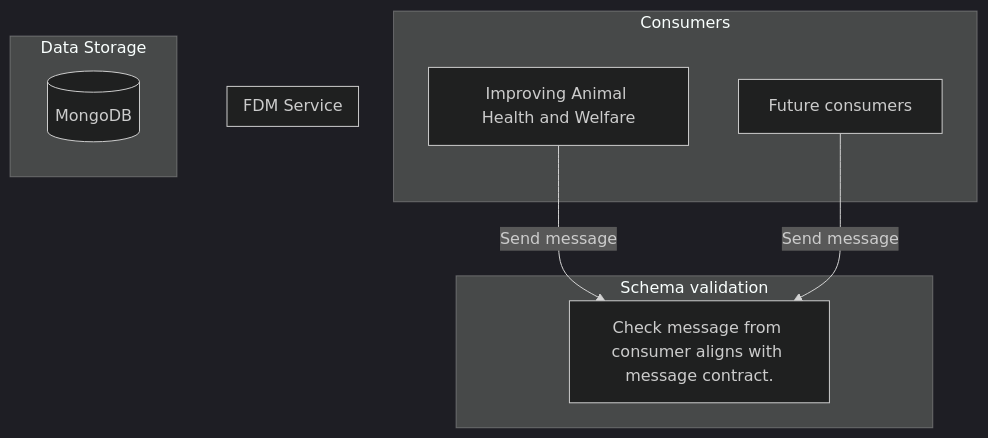
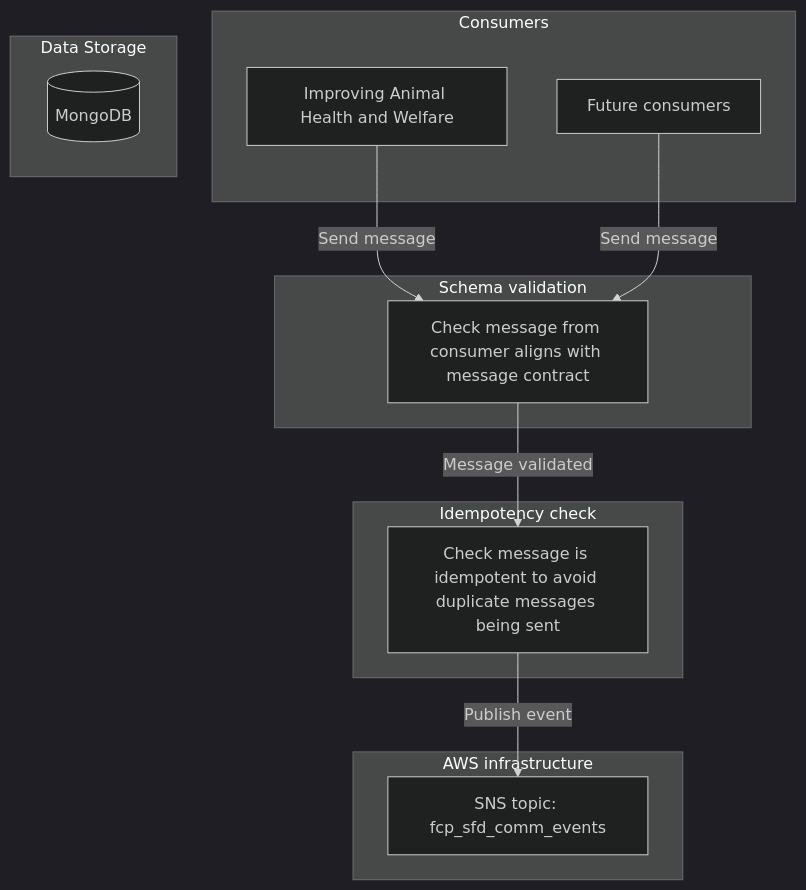
Before and after one commit to DEFRA/fcp-sfd-comms: the diagram in README.md, drawn with Mermaid (dark theme).

````diff
--- a/README.md
+++ b/README.md
@@ -13,22 +13,29 @@
 ```mermaid
 graph TB
     subgraph "Consumers"
         IAHW[Improving Animal Health and Welfare]
         FUTURE[Future consumers]
     end
     
     subgraph "Schema validation"
-        VALIDATION[Check message from consumer aligns with message contract.]
+        VALIDATION[Check message from consumer aligns with message contract]
+    end
+
+    subgraph "Idempotency check"
+        IDEMPOTENCY_CHECK[Check message is idempotent to avoid duplicate messages being sent]
     end
     
-    subgraph "FDM Service"
+    subgraph "AWS infrastructure"
+        SNS[SNS topic: fcp_sfd_comm_events]
     end
     
     subgraph "Data Storage"
         MONGO[(MongoDB)]
     end
     
     IAHW -->|Send message| VALIDATION
     FUTURE -->|Send message| VALIDATION
+    VALIDATION -->|Message validated| IDEMPOTENCY_CHECK
+    IDEMPOTENCY_CHECK -->|Publish event| SNS
     
 ```
````
